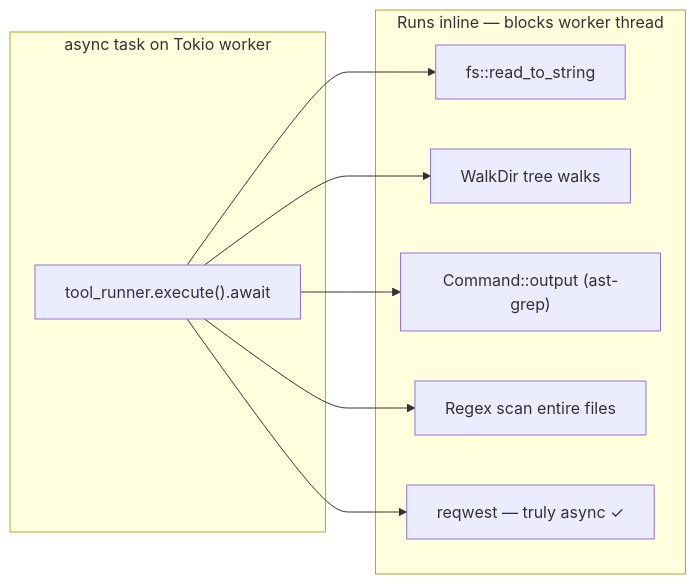
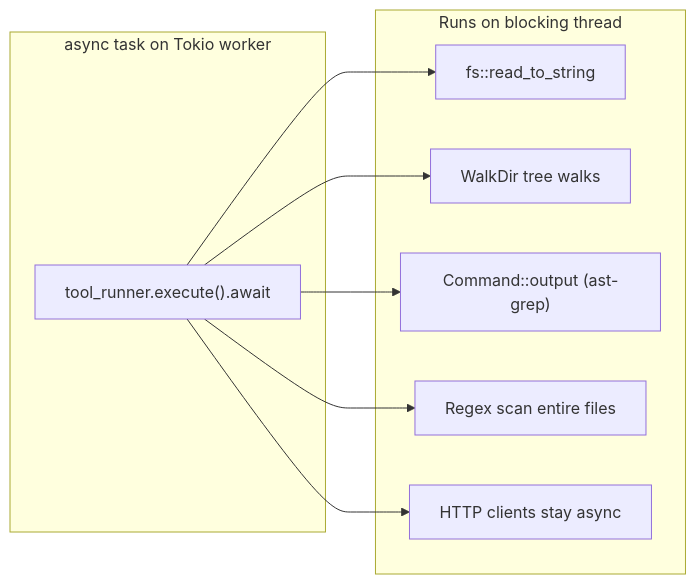
Before and after one commit to philbotar/OpenFlow: the third of 7 diagrams in docs/architecture/threading-concurrency.md, drawn with Mermaid. The commit also changed other lines of this file and 63 other files, not shown here.

````diff
--- a/docs/architecture/threading-concurrency.md
+++ b/docs/architecture/threading-concurrency.md
@@ -140,20 +135,20 @@
 ```mermaid
 flowchart LR
     subgraph AsyncTask["async task on Tokio worker"]
         EX["tool_runner.execute().await"]
     end
 
-    subgraph Blocking["Runs inline — blocks worker thread"]
+    subgraph Blocking["Runs on blocking thread"]
         FS["fs::read_to_string"]
         WD["WalkDir tree walks"]
         CMD["Command::output (ast-grep)"]
         REG["Regex scan entire files"]
-        HTTP["reqwest — truly async ✓"]
+        HTTP["HTTP clients stay async"]
     end
 
     EX --> FS
     EX --> WD
     EX --> CMD
     EX --> REG
     EX --> HTTP
 ```
````
